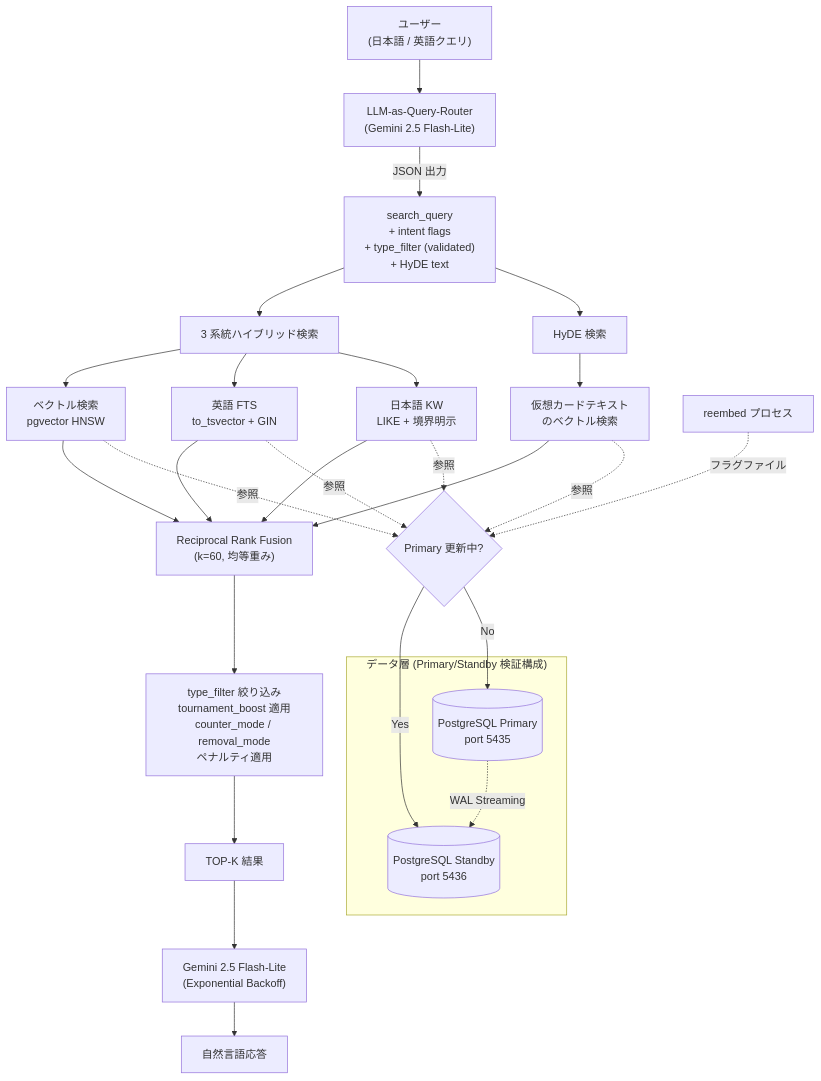
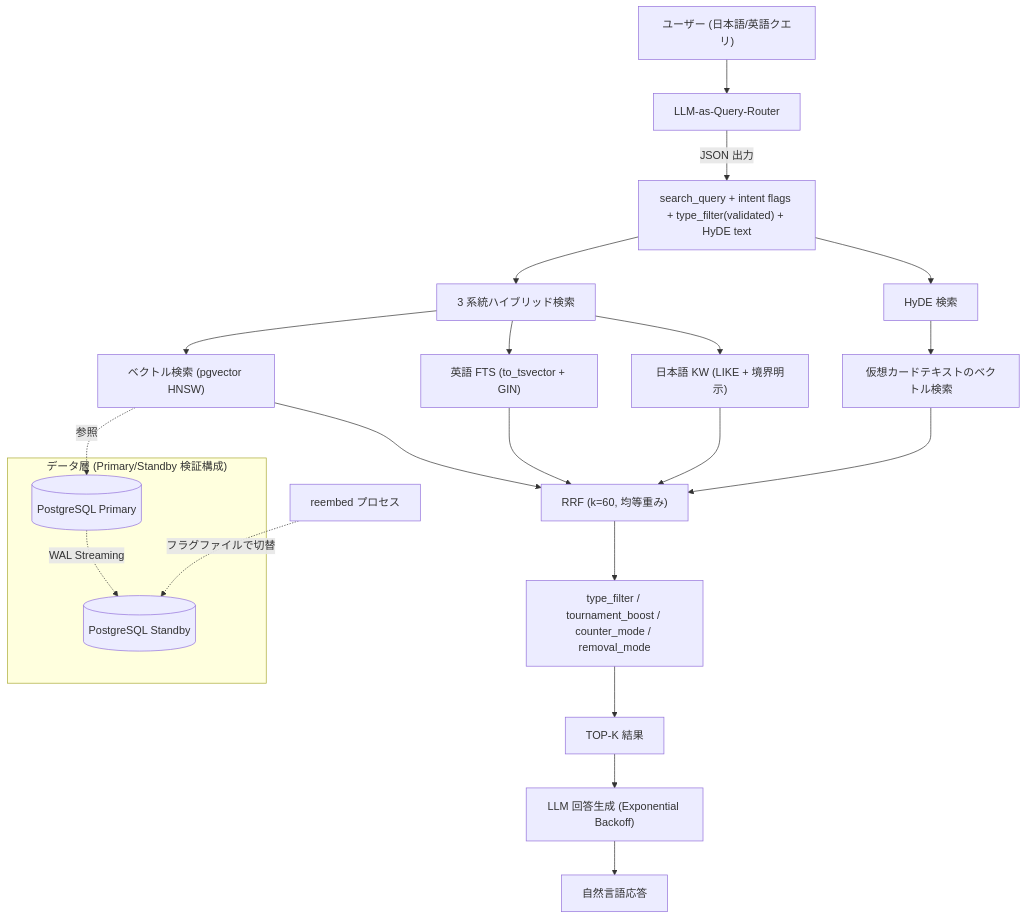
Before and after one commit to Sakaihashizo/mtg-rag: the first of 2 diagrams in README.md, drawn with Mermaid. The commit also changed other lines of this file, not shown here.

First line of the commit message:
Update README to honest v5 (caveated metrics, limitations, structured filter)

````diff
--- a/README.md
+++ b/README.md
@@ -95,43 +44,27 @@
 ```mermaid
 flowchart TB
-    User["ユーザー<br/>(日本語 / 英語クエリ)"] --> Router["LLM-as-Query-Router<br/>(Gemini 2.5 Flash-Lite)"]
-
-    Router -->|JSON 出力| Parsed["search_query<br/>+ intent flags<br/>+ type_filter (validated)<br/>+ HyDE text"]
-
+    User["ユーザー (日本語/英語クエリ)"] --> Router["LLM-as-Query-Router"]
+    Router -->|JSON 出力| Parsed["search_query + intent flags + type_filter(validated) + HyDE text"]
     Parsed --> Search3[3 系統ハイブリッド検索]
     Parsed --> HyDESearch[HyDE 検索]
-
-    Search3 --> Vector["ベクトル検索<br/>pgvector HNSW"]
-    Search3 --> FTSEN["英語 FTS<br/>to_tsvector + GIN"]
-    Search3 --> FTSJA["日本語 KW<br/>LIKE + 境界明示"]
-
-    HyDESearch --> VectorHyDE["仮想カードテキスト<br/>のベクトル検索"]
-
-    Vector --> RRF["Reciprocal Rank Fusion<br/>(k=60, 均等重み)"]
+    Search3 --> Vector["ベクトル検索 (pgvector HNSW)"]
+    Search3 --> FTSEN["英語 FTS (to_tsvector + GIN)"]
+    Search3 --> FTSJA["日本語 KW (LIKE + 境界明示)"]
+    HyDESearch --> VectorHyDE["仮想カードテキストのベクトル検索"]
+    Vector --> RRF["RRF (k=60, 均等重み)"]
     FTSEN --> RRF
     FTSJA --> RRF
     VectorHyDE --> RRF
-
-    RRF --> Filter["type_filter 絞り込み<br/>tournament_boost 適用<br/>counter_mode / removal_mode<br/>ペナルティ適用"]
+    RRF --> Filter["type_filter / tournament_boost / counter_mode / removal_mode"]
     Filter --> TopK[TOP-K 結果]
-
-    TopK --> LLM["Gemini 2.5 Flash-Lite<br/>(Exponential Backoff)"]
+    TopK --> LLM["LLM 回答生成 (Exponential Backoff)"]
     LLM --> Response[自然言語応答]
 
     subgraph "データ層 (Primary/Standby 検証構成)"
-        Primary[("PostgreSQL Primary<br/>port 5435")]
-        Standby[("PostgreSQL Standby<br/>port 5436")]
-        Primary -.WAL Streaming.-> Standby
+        Primary[("PostgreSQL Primary")]
+        Standby[("PostgreSQL Standby")]
+        Primary -. WAL Streaming .-> Standby
     end
-
-    DB{Primary 更新中?}
-    DB -->|Yes| Standby
-    DB -->|No| Primary
-
-    Vector -.参照.-> DB
-    FTSEN -.参照.-> DB
-    FTSJA -.参照.-> DB
-    VectorHyDE -.参照.-> DB
-
-    Reembed[reembed プロセス] -.フラグファイル.-> DB
+    Vector -. 参照 .-> Primary
+    Reembed[reembed プロセス] -. フラグファイルで切替 .-> Standby
 ```
````
